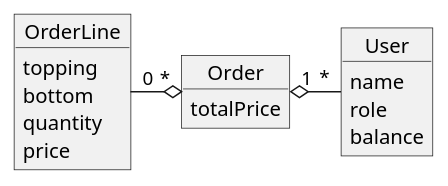
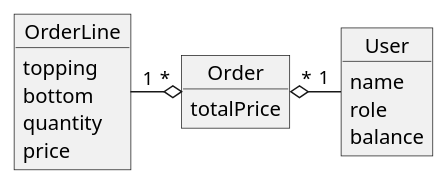
One commit to ch0min/cupcake changed the diagram in documentation/domain_model.puml. Above: the diagram before and after it, drawn with PlantUML. The commit also changed 1 other file, not shown here.

```diff
--- a/documentation/domain_model.puml
+++ b/documentation/domain_model.puml
@@ -1,21 +1,21 @@
 @startuml
 object OrderLine {
 topping
 bottom
 quantity
 price
 }
 
 object Order {
 totalPrice
 }
 
 object User {
 name
 role
 balance
 }
 
-OrderLine "0" -o "*" Order
-Order "1" o- "*"User
+OrderLine "1" -o "*" Order
+Order "*" o- "1"User
 @enduml
```
